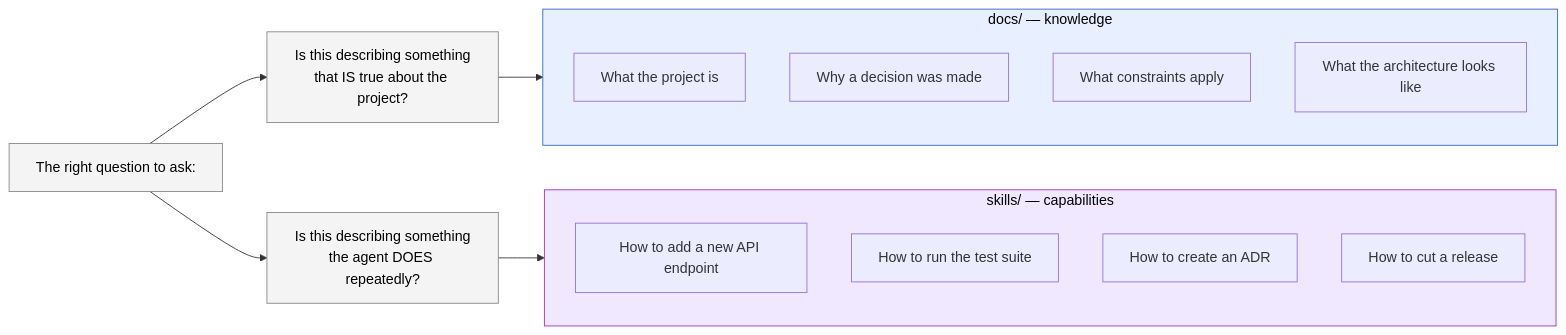
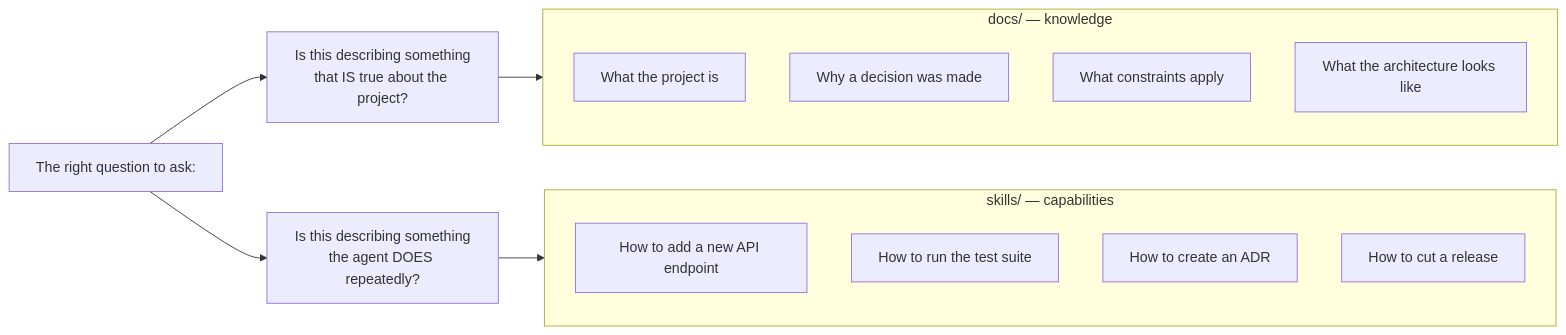
One commit to jsandino/ai-sandino changed the diagram in src/content/harness-guide/06-part-4-agent-capabilities.md. Above: the diagram before and after it, drawn with Mermaid. The commit also changed 6 other files, not shown here.

First line of the commit message:
refactor: colour the harness guide's diagrams by name

````diff
--- a/src/content/harness-guide/06-part-4-agent-capabilities.md
+++ b/src/content/harness-guide/06-part-4-agent-capabilities.md
@@ -15,31 +15,31 @@
 ```mermaid
 flowchart LR
     subgraph DOCS["docs/ — knowledge"]
         direction TB
         D1["What the project is"]
         D2["Why a decision was made"]
         D3["What constraints apply"]
         D4["What the architecture looks like"]
     end
 
     subgraph SKILLS["skills/ — capabilities"]
         direction TB
         S1["How to add a new API endpoint"]
         S2["How to run the test suite"]
         S3["How to create an ADR"]
         S4["How to cut a release"]
     end
 
     QUESTION["The right question to ask:"]
     IS["Is this describing something<br/>that IS true about the project?"]
     DO["Is this describing something<br/>the agent DOES repeatedly?"]
 
     QUESTION --> IS --> DOCS
     QUESTION --> DO --> SKILLS
 
-    style DOCS fill:#e8f0ff,stroke:#36c,color:#000000
-    style SKILLS fill:#f0e8ff,stroke:#93c,color:#000000
-    style QUESTION fill:#f4f4f4,stroke:#888,color:#000000
-    style IS fill:#f4f4f4,stroke:#888,color:#000000
-    style DO fill:#f4f4f4,stroke:#888,color:#000000
+    class DOCS sky
+    class SKILLS violet
+    class QUESTION neutral
+    class IS neutral
+    class DO neutral
 ```
````
